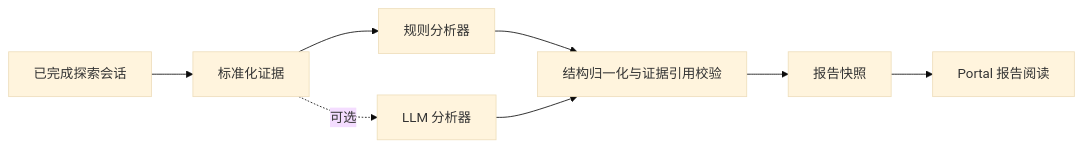
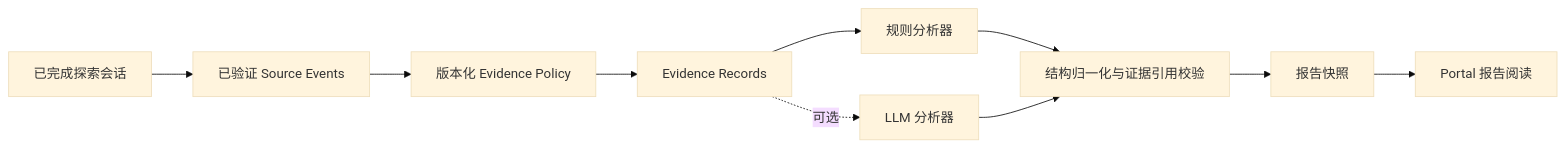
The sixth of 7 diagrams in docs/superpowers/specs/2026-08-29-modular-assessment-platform-architecture-design.md (kuangyutong74-hash/AI-platform-new), drawn with Mermaid (base theme) before and after one commit. The commit also changed other lines of this file, not shown here.

````diff
--- a/docs/superpowers/specs/2026-08-29-modular-assessment-platform-architecture-design.md
+++ b/docs/superpowers/specs/2026-08-29-modular-assessment-platform-architecture-design.md
@@ -564,10 +754,12 @@
 ```mermaid
 flowchart LR
-    Sessions[已完成探索会话] --> Evidence[标准化证据]
+    Sessions[已完成探索会话] --> Events[已验证 Source Events]
+    Events --> Policy[版本化 Evidence Policy]
+    Policy --> Evidence[Evidence Records]
     Evidence --> Rules[规则分析器]
     Evidence -.可选.-> LLM[LLM 分析器]
     Rules --> Normalize[结构归一化与证据引用校验]
     LLM --> Normalize
     Normalize --> Snapshot[报告快照]
     Snapshot --> Reader[Portal 报告阅读]
 ```
````
